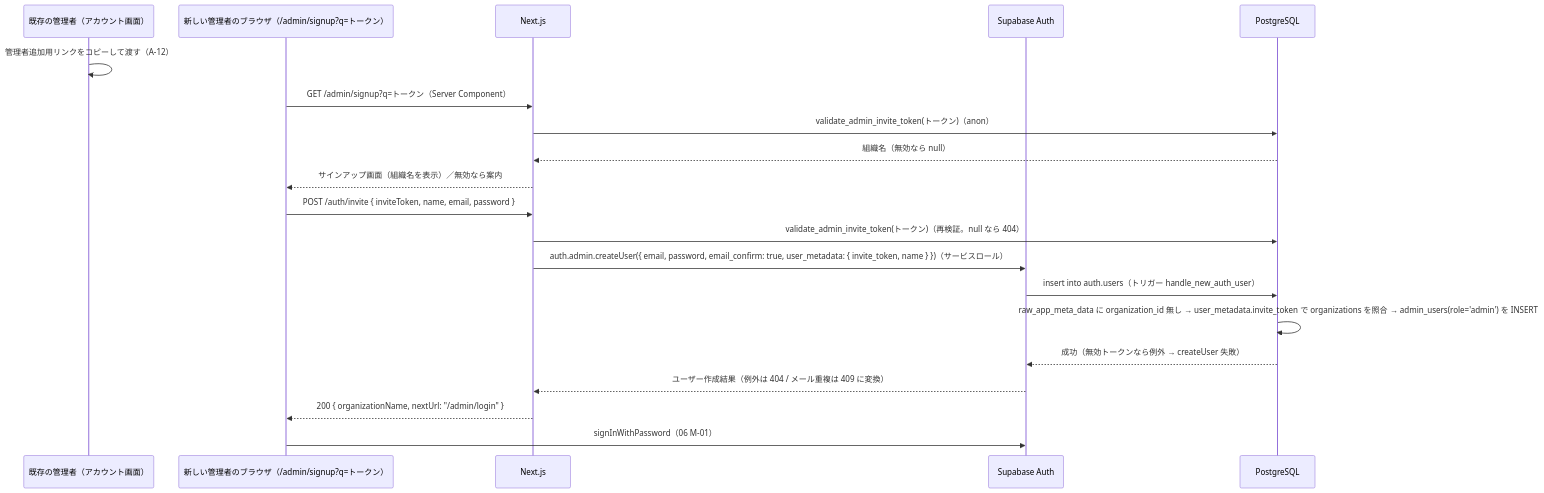
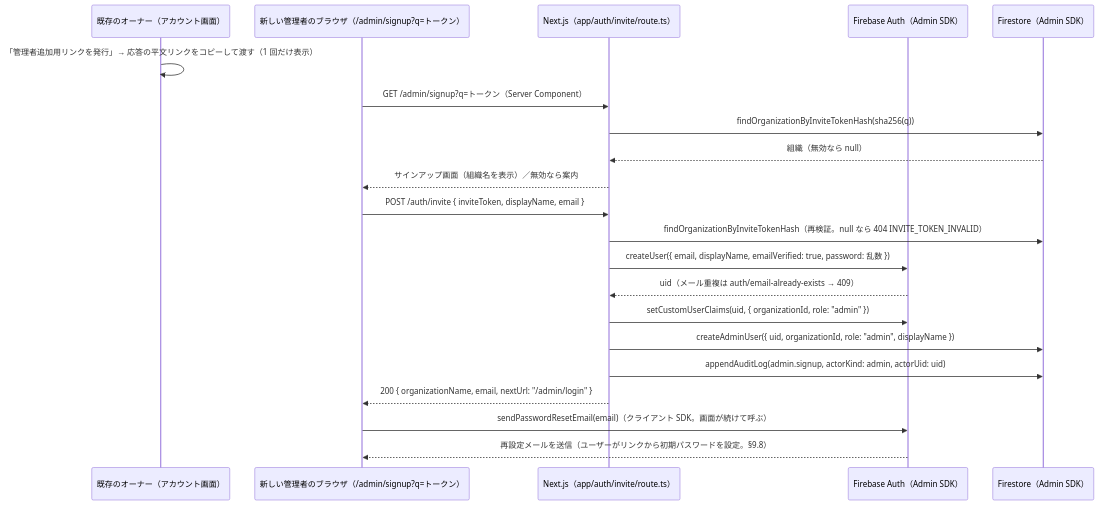
Before and after one commit to tanukichiyamaguchi/Tekisei-Kensa: the third of 3 diagrams in docs/基本設計/02_データベース設計.md, drawn with Mermaid. The commit also changed other lines of this file, not shown here.

First line of the commit message:
02 を Firestore 前提のデータモデル設計 2.0 版に全面改版

````diff
--- a/docs/基本設計/02_データベース設計.md
+++ b/docs/基本設計/02_データベース設計.md
@@ -755,22 +1635,23 @@
 ```mermaid
 sequenceDiagram
-    participant O as 既存の管理者（アカウント画面）
+    participant O as 既存のオーナー（アカウント画面）
     participant B as 新しい管理者のブラウザ（/admin/signup?q=トークン）
-    participant N as Next.js
-    participant A as Supabase Auth
-    participant D as PostgreSQL
-    O->>O: 管理者追加用リンクをコピーして渡す（A-12）
+    participant N as Next.js（app/auth/invite/route.ts）
+    participant A as Firebase Auth（Admin SDK）
+    participant D as Firestore（Admin SDK）
+    O->>O: 「管理者追加用リンクを発行」→ 応答の平文リンクをコピーして渡す（1 回だけ表示）
     B->>N: GET /admin/signup?q=トークン（Server Component）
-    N->>D: validate_admin_invite_token(トークン)（anon）
-    D-->>N: 組織名（無効なら null）
+    N->>D: findOrganizationByInviteTokenHash(sha256(q))
+    D-->>N: 組織（無効なら null）
     N-->>B: サインアップ画面（組織名を表示）／無効なら案内
-    B->>N: POST /auth/invite { inviteToken, name, email, password }
-    N->>D: validate_admin_invite_token(トークン)（再検証。null なら 404）
-    N->>A: auth.admin.createUser({ email, password, email_confirm: true, user_metadata: { invite_token, name } })（サービスロール）
-    A->>D: insert into auth.users（トリガー handle_new_auth_user）
-    D->>D: raw_app_meta_data に organization_id 無し → user_metadata.invite_token で organizations を照合 → admin_users(role='admin') を INSERT
-    D-->>A: 成功（無効トークンなら例外 → createUser 失敗）
-    A-->>N: ユーザー作成結果（例外は 404 / メール重複は 409 に変換）
-    N-->>B: 200 { organizationName, nextUrl: "/admin/login" }
-    B->>A: signInWithPassword（06 M-01）
+    B->>N: POST /auth/invite { inviteToken, displayName, email }
+    N->>D: findOrganizationByInviteTokenHash（再検証。null なら 404 INVITE_TOKEN_INVALID）
+    N->>A: createUser({ email, displayName, emailVerified: true, password: 乱数 })
+    A-->>N: uid（メール重複は auth/email-already-exists → 409）
+    N->>A: setCustomUserClaims(uid, { organizationId, role: "admin" })
+    N->>D: createAdminUser({ uid, organizationId, role: "admin", displayName })
+    N->>D: appendAuditLog(admin.signup, actorKind: admin, actorUid: uid)
+    N-->>B: 200 { organizationName, email, nextUrl: "/admin/login" }
+    B->>A: sendPasswordResetEmail(email)（クライアント SDK。画面が続けて呼ぶ）
+    A-->>B: 再設定メールを送信（ユーザーがリンクから初期パスワードを設定。§9.8）
 ```
````
